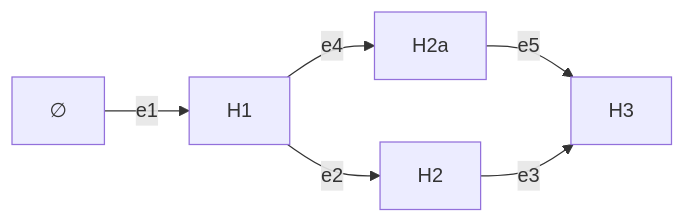
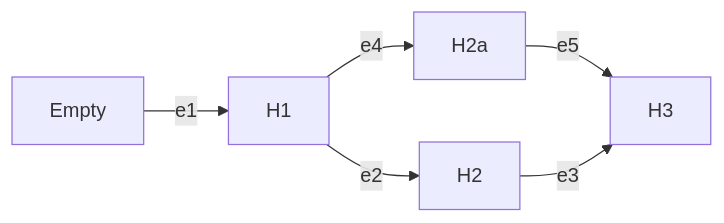
The third of 3 diagrams in docs/architecture docs/subsystems/7. Migration System.md (prisma/prisma-next), drawn with Mermaid before and after one commit. The commit also changed other lines of this file, not shown here.

Commit message:
docs(architecture): use ASCII labels in subsystem 7 mermaid blocks
Mermaid renderers in our docs pipeline drop the U+2205 EMPTY SET glyph
inconsistently. Replace the two ∅ Mermaid node labels (lines 18 and
81) with ASCII "Empty" so both flowcharts render reliably and follow
the existing repo Mermaid convention. The H∅ used in surrounding prose
is unchanged because it is regular markdown, not a Mermaid label.

````diff
--- a/docs/architecture docs/subsystems/7. Migration System.md
+++ b/docs/architecture docs/subsystems/7. Migration System.md
@@ -79,8 +79,8 @@
 ```mermaid
 flowchart LR
-  Empty["∅"] -- e1 --> H1
+  Empty["Empty"] -- e1 --> H1
   H1 -- e2 --> H2
   H1 -- e4 --> H2a
   H2a -- e5 --> H3
   H2 -- e3 --> H3
 ```
````
